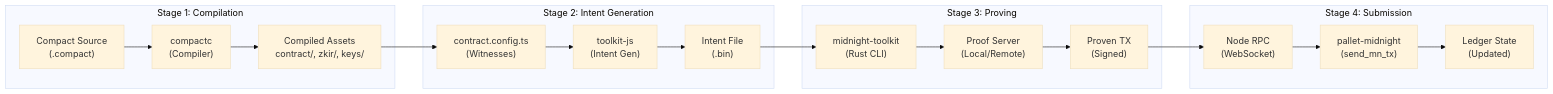
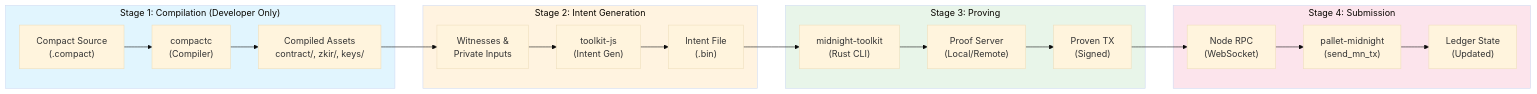
Before and after one commit to ADGLx/midnight-node: the first of 3 diagrams in docs/COMPACT-CONTRACT-DEPLOYMENT.md, drawn with Mermaid (base theme). The commit also changed other lines of this file, not shown here.

First line of the commit message:
docs: distinguish Developer vs User roles in architecture diagrams

````diff
--- a/docs/COMPACT-CONTRACT-DEPLOYMENT.md
+++ b/docs/COMPACT-CONTRACT-DEPLOYMENT.md
@@ -15,25 +15,30 @@
 ```mermaid
 flowchart LR
-    subgraph compilation["Stage 1: Compilation"]
+    subgraph compilation["Stage 1: Compilation (Developer Only)"]
         A["Compact Source<br/>(.compact)"] --> B["compactc<br/>(Compiler)"]
         B --> C["Compiled Assets<br/>contract/, zkir/, keys/"]
     end
 
     subgraph intent["Stage 2: Intent Generation"]
-        C --> D["contract.config.ts<br/>(Witnesses)"]
+        C --> D["Witnesses &<br/>Private Inputs"]
         D --> E["toolkit-js<br/>(Intent Gen)"]
         E --> F["Intent File<br/>(.bin)"]
     end
 
     subgraph proving["Stage 3: Proving"]
         F --> G["midnight-toolkit<br/>(Rust CLI)"]
         G --> H["Proof Server<br/>(Local/Remote)"]
         H --> I["Proven TX<br/>(Signed)"]
     end
 
     subgraph submission["Stage 4: Submission"]
         I --> J["Node RPC<br/>(WebSocket)"]
         J --> K["pallet-midnight<br/>(send_mn_tx)"]
         K --> L["Ledger State<br/>(Updated)"]
     end
+
+    style compilation fill:#e1f5fe
+    style intent fill:#fff3e0
+    style proving fill:#e8f5e9
+    style submission fill:#fce4ec
 ```
````
